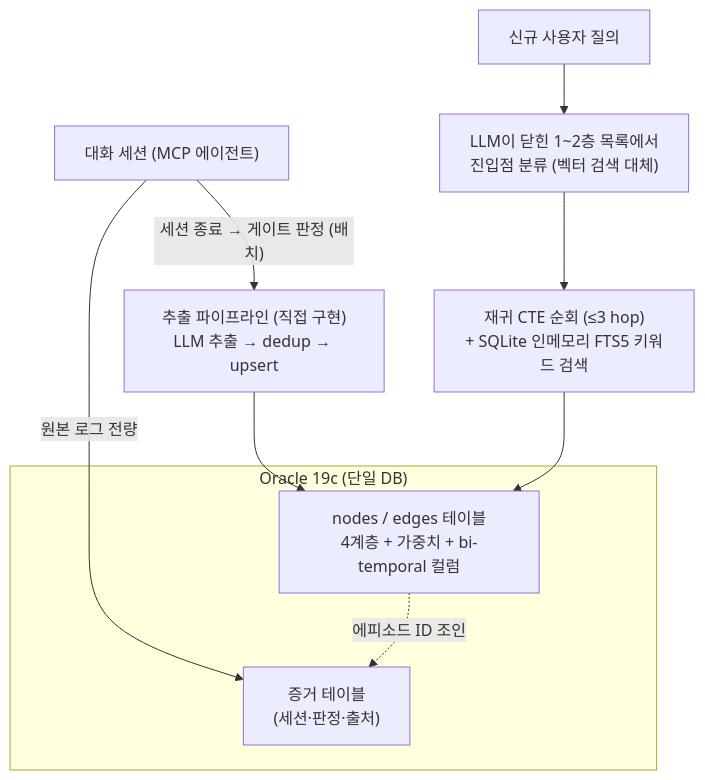
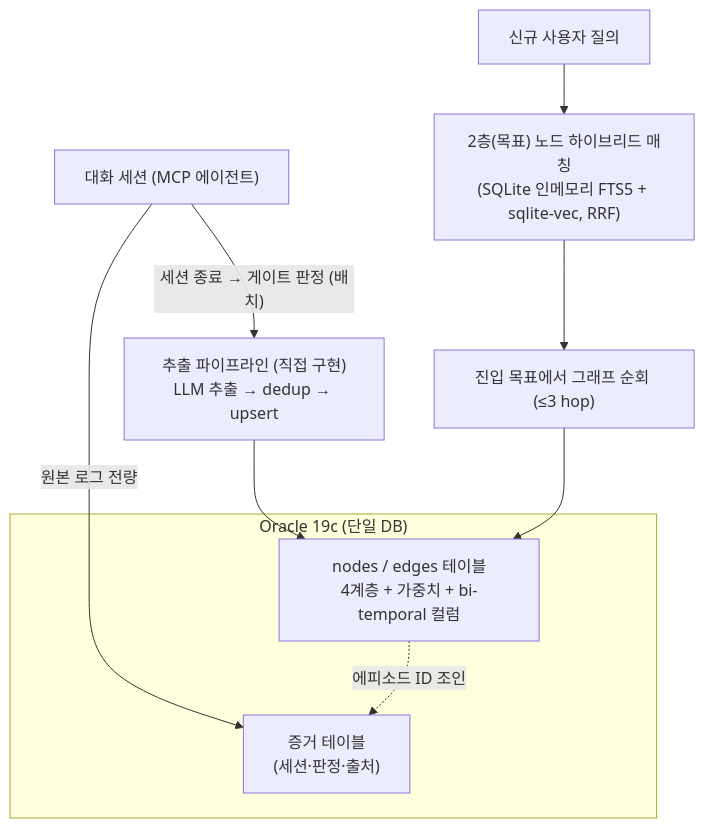
Before and after one commit to catinbox276/graph-search-chat: the fifth of 6 diagrams in docs/design.md, drawn with Mermaid. The commit also changed other lines of this file and 6 other files, not shown here.

````diff
--- a/docs/design.md
+++ b/docs/design.md
@@ -183,14 +183,14 @@
 ```mermaid
 flowchart TD
     A["대화 세션 (MCP 에이전트)"] -->|"세션 종료 → 게이트 판정 (배치)"| P["추출 파이프라인 (직접 구현)<br/>LLM 추출 → dedup → upsert"]
     A -->|"원본 로그 전량"| EV["증거 테이블<br/>(세션·판정·출처)"]
     P --> G["nodes / edges 테이블<br/>4계층 + 가중치 + bi-temporal 컬럼"]
-    Q["신규 사용자 질의"] --> CL["LLM이 닫힌 1~2층 목록에서<br/>진입점 분류 (벡터 검색 대체)"]
-    CL --> TR["재귀 CTE 순회 (≤3 hop)<br/>+ SQLite 인메모리 FTS5 키워드 검색"]
+    Q["신규 사용자 질의"] --> CL["2층(목표) 노드 하이브리드 매칭<br/>(SQLite 인메모리 FTS5 + sqlite-vec, RRF)"]
+    CL --> TR["진입 목표에서 그래프 순회 (≤3 hop)"]
     TR --> G
     G -.->|"에피소드 ID 조인"| EV
     subgraph ORA["Oracle 19c (단일 DB)"]
         EV
         G
     end
 ```
````
